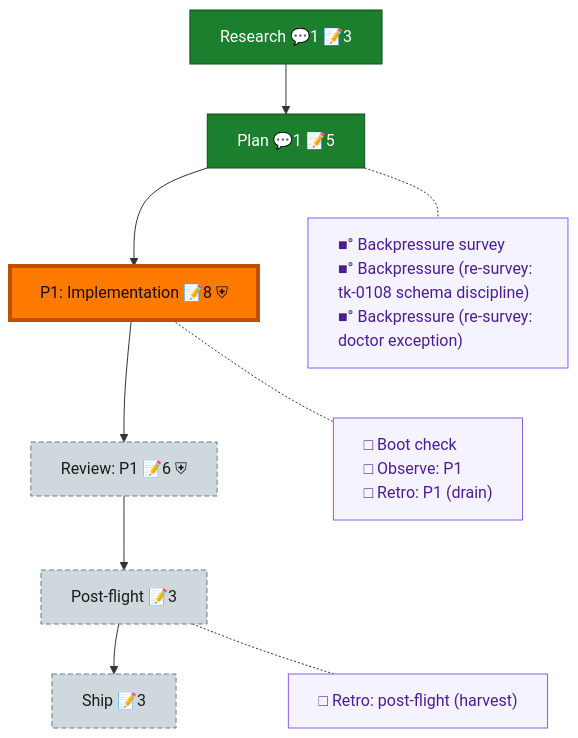
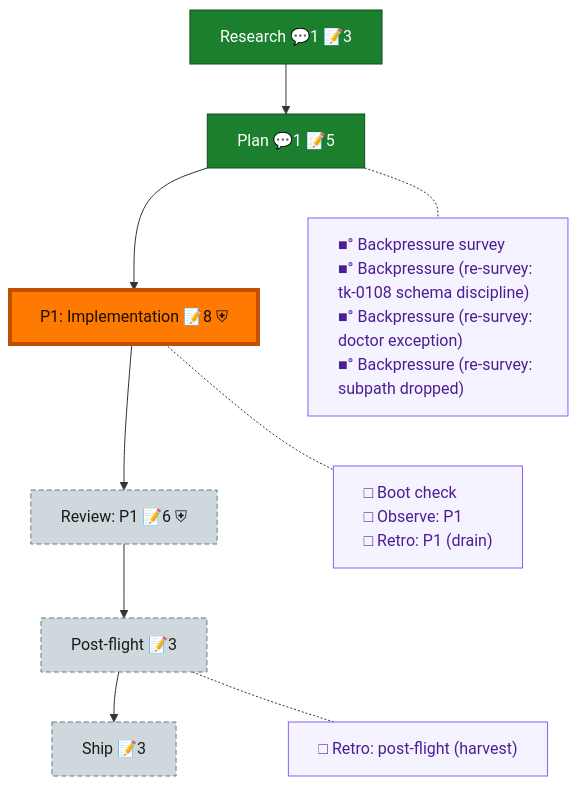
One commit to AI-Substrate/flowspace3 changed the diagram in docs/plans/003-first-light/the-flow.md. Above: the diagram before and after it, drawn with Mermaid. The commit also changed other lines of this file and 7 other files, not shown here.

Commit message:
plan 003: subpath requirement DROPPED; live run = whole repo, discovery-filtered

````diff
--- a/docs/plans/003-first-light/the-flow.md
+++ b/docs/plans/003-first-light/the-flow.md
@@ -8,30 +8,30 @@
 ```mermaid
 flowchart TD
     research["Research 💬1 📝3"]:::done
     plan["Plan 💬1 📝5"]:::done
     phase_1["P1: Implementation 📝8 ⛨"]:::known
     review_1["Review: P1 📝6 ⛨"]:::assumed
     post_flight["Post-flight 📝3"]:::assumed
     ship["Ship 📝3"]:::assumed
 
     research --> plan --> phase_1 --> review_1 --> post_flight --> ship
 
-    planC["■° Backpressure survey<br/>■° Backpressure (re-survey: tk-0108 schema discipline)<br/>■° Backpressure (re-survey: doctor exception)"]:::chore
+    planC["■° Backpressure survey<br/>■° Backpressure (re-survey: tk-0108 schema discipline)<br/>■° Backpressure (re-survey: doctor exception)<br/>■° Backpressure (re-survey: subpath dropped)"]:::chore
     phase_1C["□ Boot check<br/>□ Observe: P1<br/>□ Retro: P1 (drain)"]:::chore
     post_flightC["□ Retro: post-flight (harvest)"]:::chore
 
     %% invisible chain holds the gutter boxes in their own column
     planC ~~~ phase_1C ~~~ post_flightC
 
     %% dotted links pull each gutter box beside its node
     plan -.- planC
     phase_1 -.- phase_1C
     post_flight -.- post_flightC
 
     classDef done fill:#1B7F2E,stroke:#0F4F1B,color:#fff;
     classDef known fill:#1E73E8,stroke:#0D3F86,color:#fff;
     classDef assumed fill:#CFD8DC,stroke:#607D8B,color:#1a1a1a,stroke-dasharray:5 3;
     classDef chore fill:#f5f3ff,stroke:#8b5cf6,color:#4c1d95,text-align:left;
     classDef current fill:#FF7A00,stroke:#C24E00,color:#1a0e00,stroke-width:4px;
     class phase_1 current;
 ```
````
